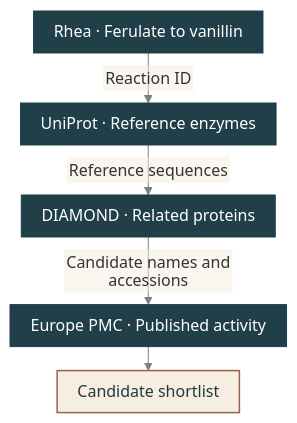
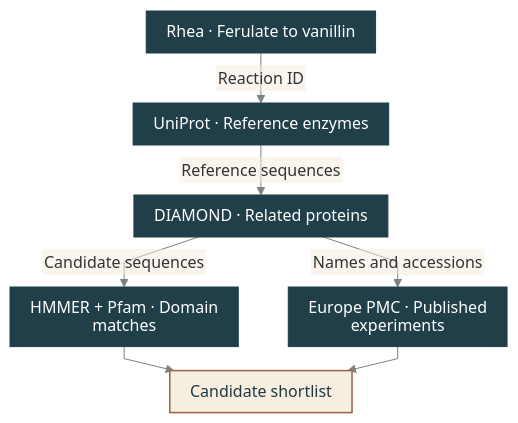
The diagram in README.md (BioSymphony/bioprospector), drawn with Mermaid before and after one commit. The commit also changed other lines of this file and 1 other file, not shown here.

Commit message:
Show how agents compare enzyme candidates

````diff
--- a/README.md
+++ b/README.md
@@ -43,14 +21,16 @@
 ```mermaid
-%%{init: {"theme":"base","htmlLabels":false,"themeVariables":{"fontFamily":"Arial, sans-serif","fontSize":"16px","lineColor":"#7C827F","edgeLabelBackground":"#F6EEE0","textColor":"#203840"},"flowchart":{"htmlLabels":false,"curve":"linear","rankSpacing":24,"padding":10,"wrappingWidth":244}}}%%
+%%{init: {"theme":"base","htmlLabels":false,"themeCSS":".edgeLabel rect { opacity: 1 !important; }","themeVariables":{"fontFamily":"Arial, sans-serif","fontSize":"16px","lineColor":"#7C827F","edgeLabelBackground":"#F6EEE0","textColor":"#203840"},"flowchart":{"htmlLabels":false,"curve":"linear","rankSpacing":24,"padding":10,"wrappingWidth":244}}}%%
 flowchart TD
-    accTitle: Find enzyme candidates for the vanillin pathway
-    accDescr: Use the Rhea reaction ID to find UniProt reference enzymes. Search for related proteins with DIAMOND. Use linked papers in Europe PMC to separate experimentally characterized enzymes from sequence matches.
+    accTitle: Compare enzyme candidates for the ferulate-to-vanillin step
+    accDescr: Use a Rhea reaction ID to look up UniProt reference enzymes. Use their sequences in DIAMOND. Check candidate domains with HMMER and look up published activity in Europe PMC. Bring both results into the shortlist.
     reaction["Rhea · Ferulate to vanillin"] -->|Reaction ID| references["UniProt · Reference enzymes"]
     references -->|Reference sequences| hits["DIAMOND · Related proteins"]
-    hits -->|Candidate names and accessions| evidence["Europe PMC · Published activity"]
-    evidence --> shortlist["Candidate shortlist"]
+    hits -->|Candidate sequences| domains["HMMER + Pfam · Domain matches"]
+    hits -->|Names and accessions| papers["Europe PMC · Published experiments"]
+    domains --> shortlist["Candidate shortlist"]
+    papers --> shortlist
     classDef lookup fill:#203F49,stroke:#203F49,color:#FFFFFF,stroke-width:1px
     classDef result fill:#F6EEE0,stroke:#9A6248,color:#203840,stroke-width:1.5px
-    class reaction,references,hits,evidence lookup
+    class reaction,references,hits,domains,papers lookup
     class shortlist result
 ```
````
